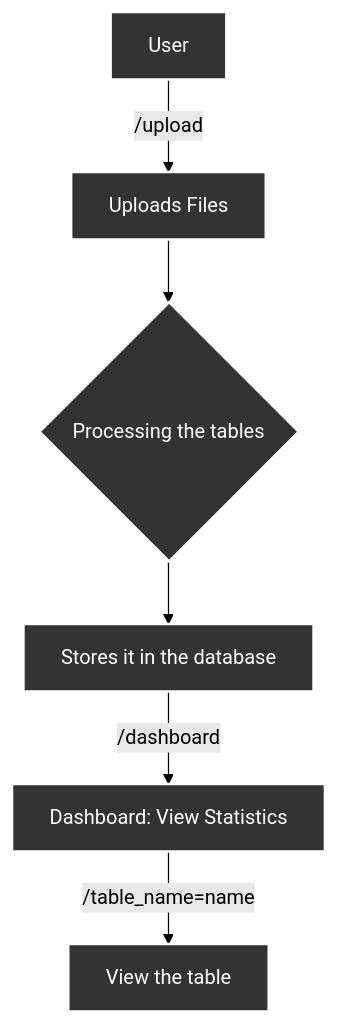
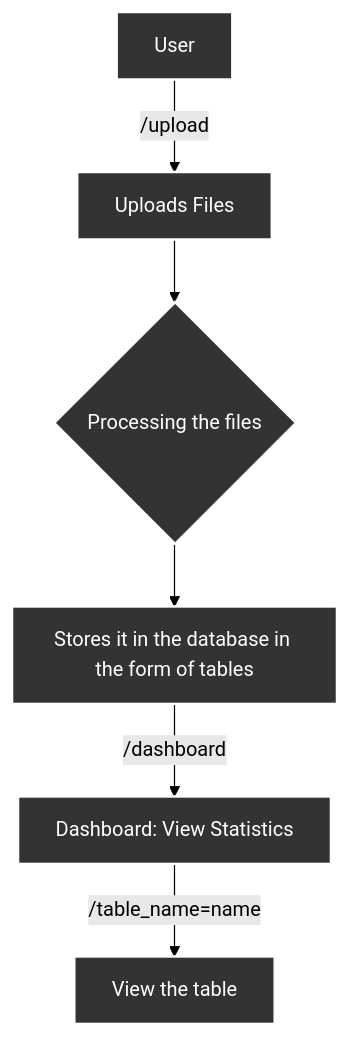
Before and after one commit to helios2003/Datacraft: the first of 2 diagrams in README.md, drawn with Mermaid (forest theme). The commit also changed other lines of this file, not shown here.

````diff
--- a/README.md
+++ b/README.md
@@ -84,10 +85,10 @@
 ```mermaid
 flowchart TD
     A[User] -->|/upload| B[Uploads Files]
-    B --> C{Processing the tables}
-    C --> D[Stores it in the database]
+    B --> C{Processing the files}
+    C --> D[Stores it in the database in the form of tables]
     D --> |/dashboard| E[Dashboard: View Statistics]
     E -->|/table_name=name| F[View the table]
     classDef darkNode fill:#333,stroke:#fff,stroke-width:2px,color:#fff;
     class A,B,C,D,E,F,G darkNode;
 ```
````
